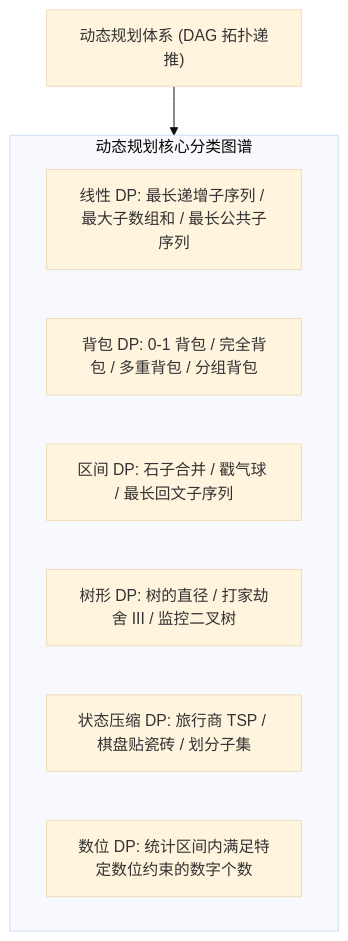
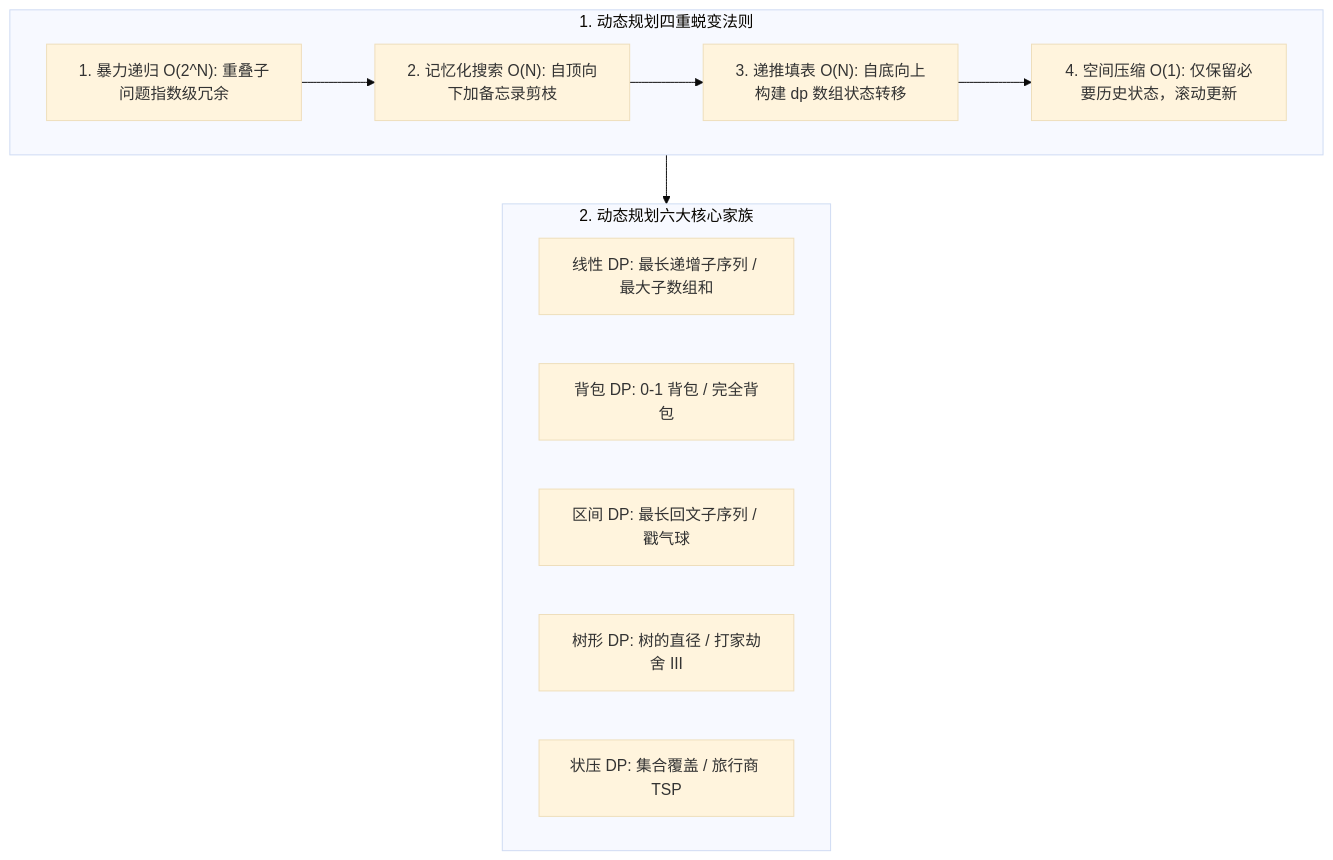
The first of 2 diagrams in 30-算法与数据结构/02-算法思想/09-动态规划入门.md (GuoWWWX/knowledge-base), drawn with Mermaid (base theme) before and after one commit. The commit also changed other lines of this file and 7 other files, not shown here.

````diff
--- a/30-算法与数据结构/02-算法思想/09-动态规划入门.md
+++ b/30-算法与数据结构/02-算法思想/09-动态规划入门.md
@@ -25,12 +23,18 @@
 ```mermaid
 flowchart TD
-    subgraph DPFamilies["动态规划核心分类图谱"]
-        LinearDP["线性 DP: 最长递增子序列 / 最大子数组和 / 最长公共子序列"]
-        KnapsackDP["背包 DP: 0-1 背包 / 完全背包 / 多重背包 / 分组背包"]
-        IntervalDP["区间 DP: 石子合并 / 戳气球 / 最长回文子序列"]
-        TreeDP["树形 DP: 树的直径 / 打家劫舍 III / 监控二叉树"]
-        BitmaskDP["状态压缩 DP: 旅行商 TSP / 棋盘贴瓷砖 / 划分子集"]
-        DigitDP["数位 DP: 统计区间内满足特定数位约束的数字个数"]
+    subgraph CoreEvolution["1. 动态规划四重蜕变法则"]
+        A["1. 暴力递归 O(2^N): 重叠子问题指数级冗余"] --> B["2. 记忆化搜索 O(N): 自顶向下加备忘录剪枝"]
+        B --> C["3. 递推填表 O(N): 自底向上构建 dp 数组状态转移"]
+        C --> D["4. 空间压缩 O(1): 仅保留必要历史状态，滚动更新"]
     end
-    Root["动态规划体系 (DAG 拓扑递推)"] --> DPFamilies
+
+    subgraph DPFamilies["2. 动态规划六大核心家族"]
+        Linear["线性 DP: 最长递增子序列 / 最大子数组和"]
+        Knapsack["背包 DP: 0-1 背包 / 完全背包"]
+        Interval["区间 DP: 最长回文子序列 / 戳气球"]
+        Tree["树形 DP: 树的直径 / 打家劫舍 III"]
+        State["状压 DP: 集合覆盖 / 旅行商 TSP"]
+    end
+
+    CoreEvolution --> DPFamilies
 ```
````
